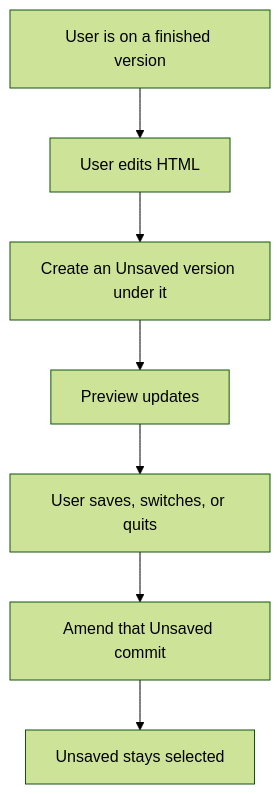
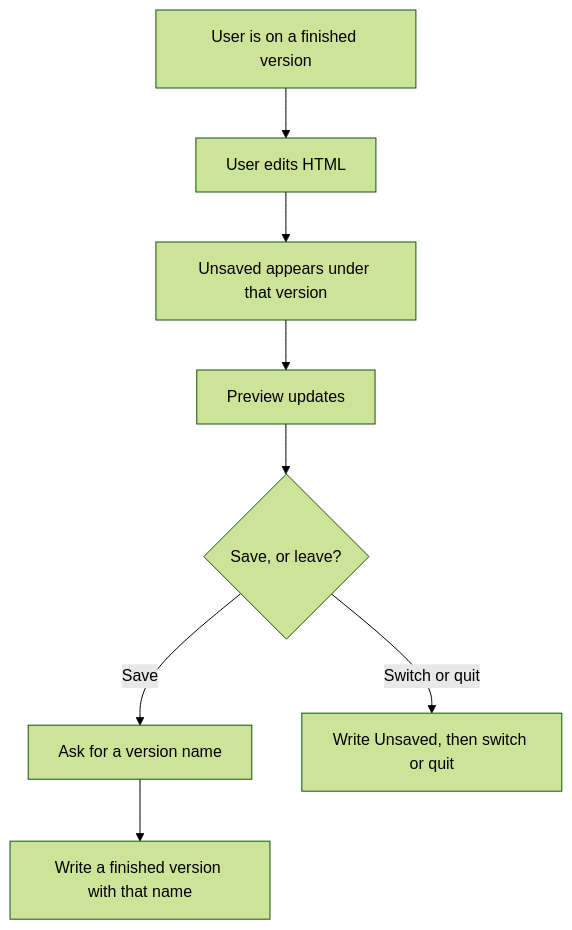
Before and after one commit to IsmailBiswas/lines: the eighth of 13 diagrams in docs/user-flows.md, drawn with Mermaid (forest theme). The commit also changed other lines of this file and 53 other files, not shown here.

````diff
--- a/docs/user-flows.md
+++ b/docs/user-flows.md
@@ -135,12 +164,15 @@
 ```mermaid
 flowchart TD
   finished[User is on a finished version]
   types[User edits HTML]
-  createUnsaved[Create an Unsaved version under it]
+  mark[Unsaved appears under that version]
   preview[Preview updates]
-  save[User saves, switches, or quits]
-  amend[Amend that Unsaved commit]
-  stay[Unsaved stays selected]
+  action{Save, or leave?}
+  name[Ask for a version name]
+  finish[Write a finished version with that name]
+  leave[Write Unsaved, then switch or quit]
 
-  finished --> types --> createUnsaved --> preview --> save --> amend --> stay
+  finished --> types --> mark --> preview --> action
+  action -->|Save| name --> finish
+  action -->|Switch or quit| leave
 ```
````
